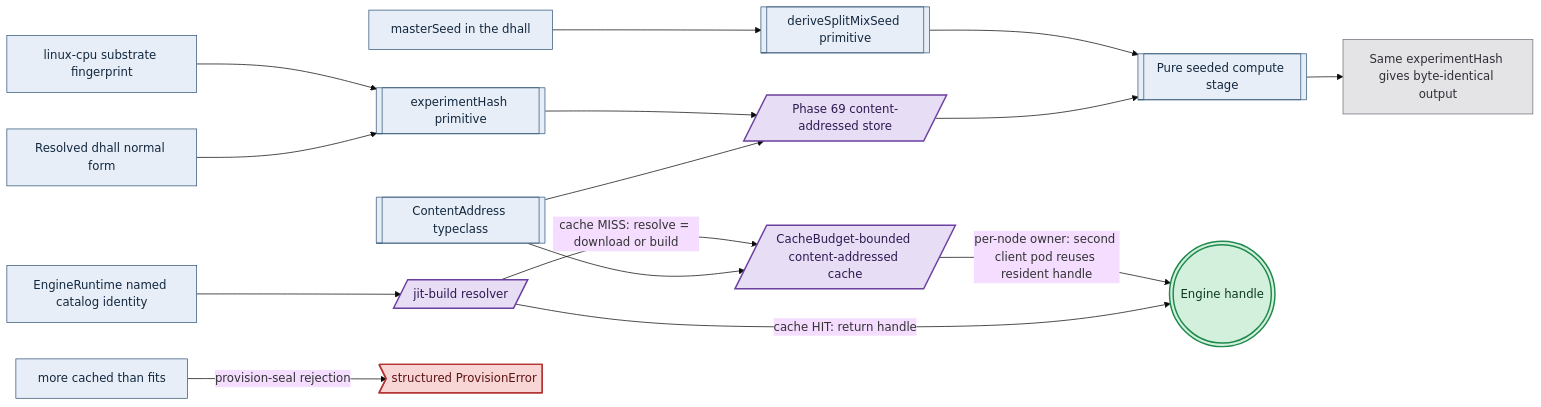
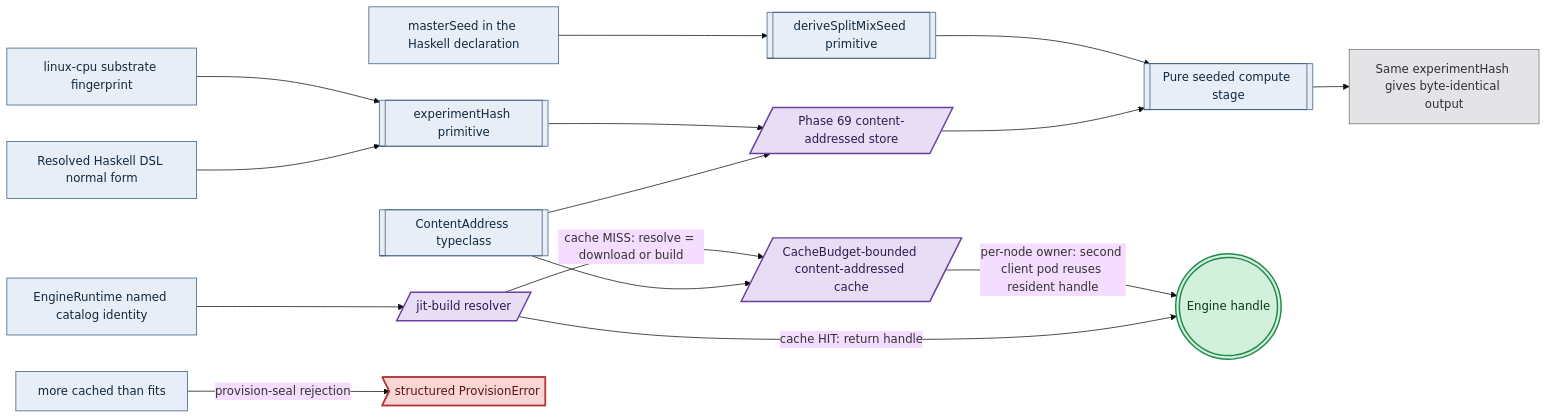
The diagram in DEVELOPMENT_PLAN/phase_80_determinism_jitcache.md (Tuee22/amoebius), drawn with Mermaid (base theme) before and after one commit. The commit also changed other lines of this file and 149 other files, not shown here.

````diff
--- a/DEVELOPMENT_PLAN/phase_80_determinism_jitcache.md
+++ b/DEVELOPMENT_PLAN/phase_80_determinism_jitcache.md
@@ -115,23 +116,23 @@
 ```mermaid
 flowchart LR
 %% register: algebra
-  dhall["Resolved dhall normal form"]:::intent --> eh[["experimentHash primitive"]]:::intent
+  dhall["Resolved Haskell DSL normal form"]:::intent --> eh[["experimentHash primitive"]]:::intent
   subfp["linux-cpu substrate fingerprint"]:::intent --> eh
   ca[["ContentAddress typeclass"]]:::intent --> store[/"Phase 69 content-addressed store"/]:::effect
   eh --> store
-  master["masterSeed in the dhall"]:::intent --> seed[["deriveSplitMixSeed primitive"]]:::intent
+  master["masterSeed in the Haskell declaration"]:::intent --> seed[["deriveSplitMixSeed primitive"]]:::intent
   store --> stage[["Pure seeded compute stage"]]:::intent
   seed --> stage
   stage --> gateA["Same experimentHash gives byte-identical output"]:::runtime
   ca --> cache[/"CacheBudget-bounded content-addressed cache"/]:::effect
   engid["EngineRuntime named catalog identity"]:::intent --> resolver[/"jit-build resolver"/]:::effect
   resolver -->|"cache HIT: return handle"| handle((("Engine handle"))):::seal
   resolver -->|"cache MISS: resolve = download or build"| cache
   cache -->|"per-node owner: second client pod reuses resident handle"| handle
   overbudget["more cached than fits"]:::intent -->|provision-seal rejection| reject>"structured ProvisionError"]:::refuse
   classDef intent   fill:#e8eef7,stroke:#33587a,color:#12283f,stroke-width:1px
   classDef effect   fill:#e7ddf5,stroke:#6b3fa0,color:#2f1a52,stroke-width:2px
   classDef runtime  fill:#e4e4e7,stroke:#71717a,color:#2f2f35,stroke-width:1px
   classDef seal     fill:#d3f0dd,stroke:#1f8a4c,color:#0c3a1f,stroke-width:2px
   classDef refuse   fill:#f8d6d6,stroke:#b23636,color:#5c1414,stroke-width:2px
 ```
````
